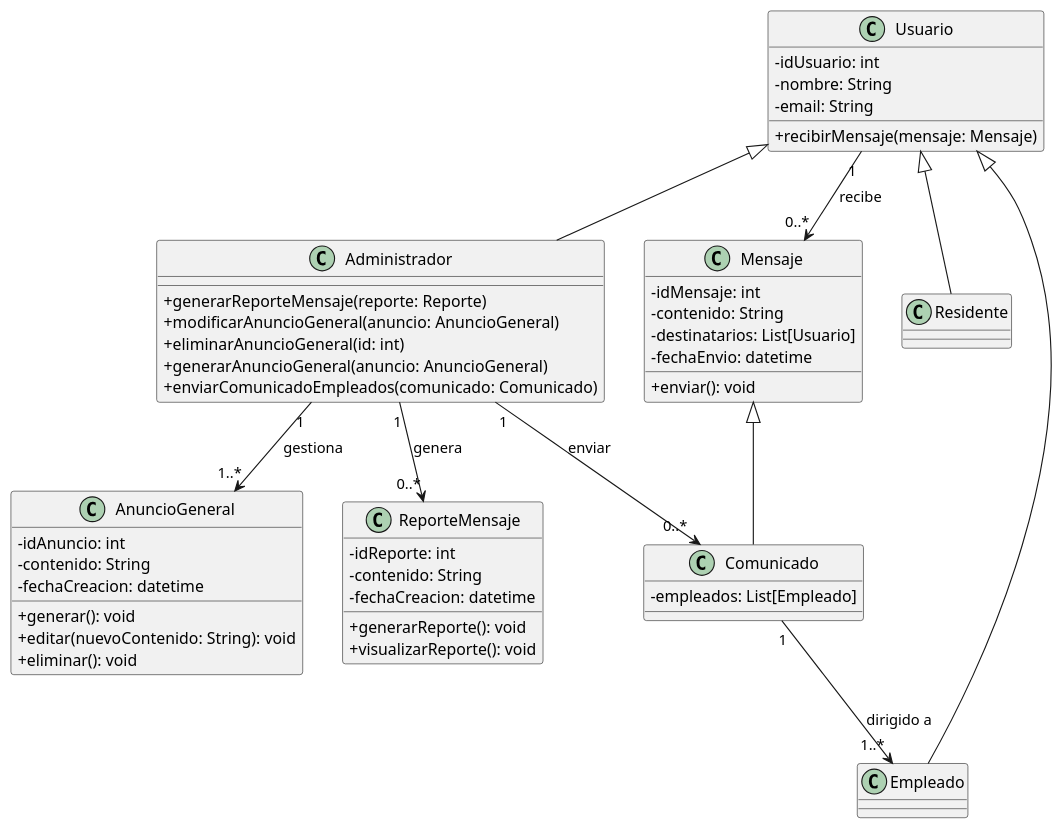
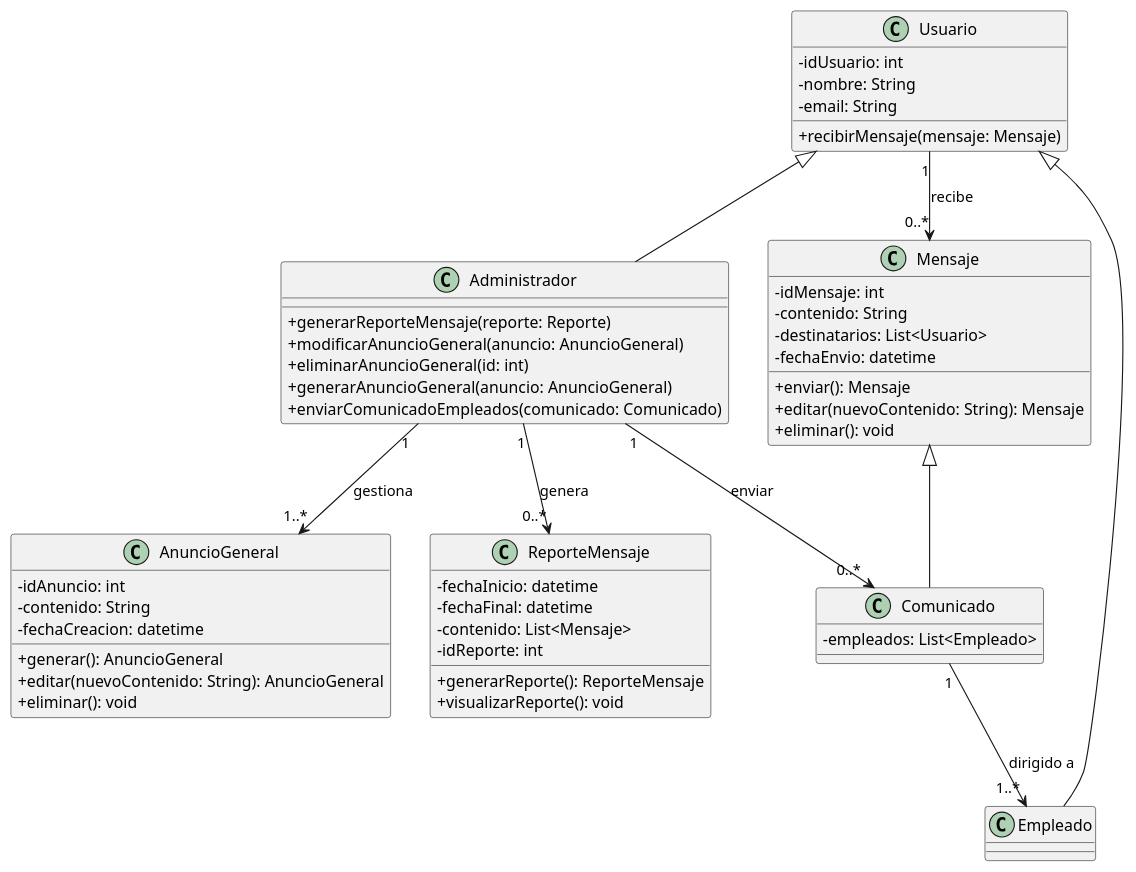
One commit to richardriverag/ProyectoDiseno24B changed the diagram in Diagramas/Diagramas de Clases/GrupoF_Comunicacion/Diagrama_Clases.puml. Above: the diagram before and after it, drawn with PlantUML.

Commit message:
Update Diagrama_Clases.puml
Modifying the AnuncioGeneral, ReporteMensaje and Mensaje classes

```diff
--- a/Diagramas/Diagramas de Clases/GrupoF_Comunicacion/Diagrama_Clases.puml
+++ b/Diagramas/Diagramas de Clases/GrupoF_Comunicacion/Diagrama_Clases.puml
@@ -1,71 +1,70 @@
 @startuml
 ' Encapsulación
 skinparam classAttributeIconSize 0
 
 class Usuario {
     - idUsuario: int
     - nombre: String
     - email: String
     + recibirMensaje(mensaje: Mensaje)
 }
 
 class Administrador {
     + generarReporteMensaje(reporte: Reporte)
     + modificarAnuncioGeneral(anuncio: AnuncioGeneral)
     + eliminarAnuncioGeneral(id: int)
     + generarAnuncioGeneral(anuncio: AnuncioGeneral)
     + enviarComunicadoEmpleados(comunicado: Comunicado)
 }
 
 class Empleado {
-    
-}
 
-class Residente {
 }
 
 class ReporteMensaje {
-    - idReporte: int
-    - contenido: String
-    - fechaCreacion: datetime
-    + generarReporte(): void
+    -fechaInicio: datetime
+    -fechaFinal: datetime
+    -contenido: List<Mensaje>
+    -idReporte: int
+    + generarReporte(): ReporteMensaje
     + visualizarReporte(): void
 }
 
 
 class Comunicado {
-    - empleados: List[Empleado]
+    - empleados: List<Empleado>
 }
 
 class Mensaje{
     - idMensaje: int
     - contenido: String
-    - destinatarios: List[Usuario]
+    - destinatarios: List<Usuario>
     - fechaEnvio: datetime
-    + enviar(): void
+    + enviar(): Mensaje
+    + editar(nuevoContenido: String): Mensaje
+    + eliminar(): void
 }
 
 class AnuncioGeneral{
     - idAnuncio: int
     - contenido: String
     - fechaCreacion: datetime
-    + generar(): void
-    + editar(nuevoContenido: String): void
+    + generar(): AnuncioGeneral
+    + editar(nuevoContenido: String): AnuncioGeneral
     + eliminar(): void
 }
 
 
 Usuario <|-- Empleado
 Usuario <|-- Administrador
-Usuario <|-- Residente
 
 Administrador "1" --> "0..*" Comunicado: "enviar"
 Administrador "1"--> "0..*" ReporteMensaje: "genera"
 Administrador "1" --> "1..*" AnuncioGeneral: "gestiona"
 
 Comunicado "1" --> "1..*" Empleado: "dirigido a"
 Usuario "1" --> "0..*" Mensaje: "recibe"
 
 Mensaje <|-- Comunicado
 
 @enduml
```
